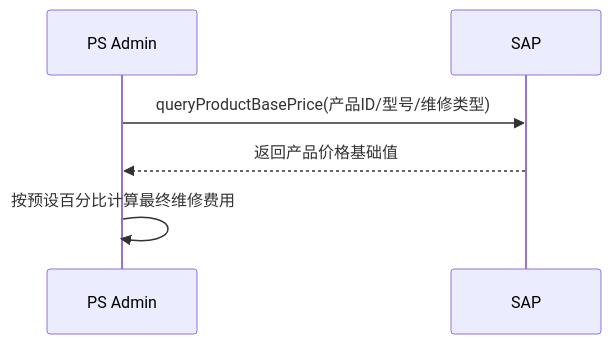
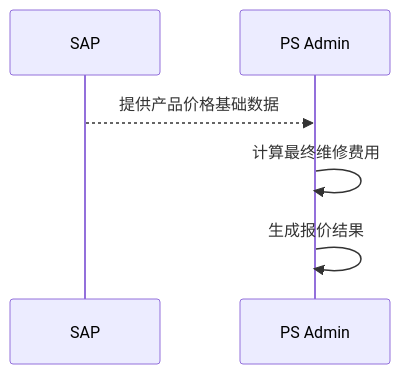
One commit to guguohai/gmps changed diagram 16 of 43 in 文档/GM系统需求说明.md. Above: the diagram before and after it, drawn with Mermaid. The commit also changed other lines of this file and 31 other files, not shown here.

````diff
--- a/文档/GM系统需求说明.md
+++ b/文档/GM系统需求说明.md
@@ -801,9 +807,9 @@
 ```mermaid
 sequenceDiagram
+    participant SAP as SAP
     participant PS as PS Admin
-    participant SAP as SAP
 
-    PS->>SAP: queryProductBasePrice(产品ID/型号/维修类型)
-    SAP-->>PS: 返回产品价格基础值
-    PS->>PS: 按预设百分比计算最终维修费用
+    SAP-->>PS: 提供产品价格基础数据
+    PS->>PS: 计算最终维修费用
+    PS->>PS: 生成报价结果
 ```
````
